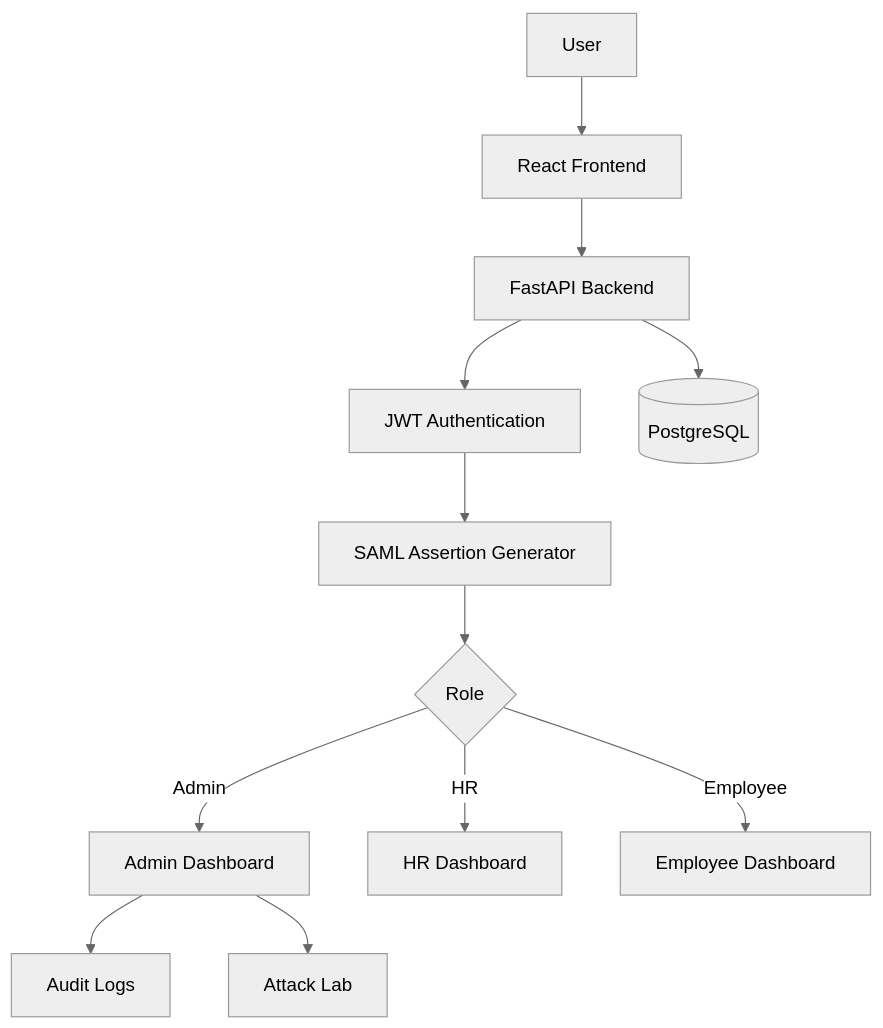
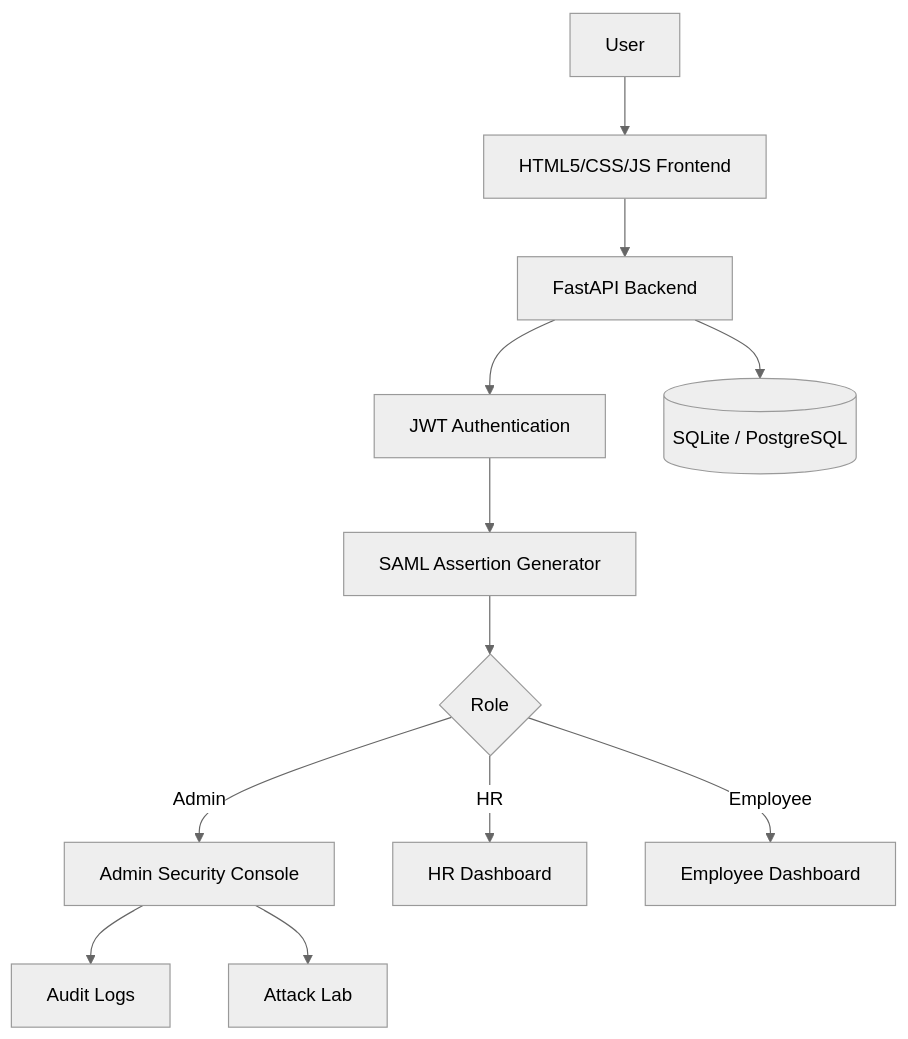
The diagram in README.md (MananPathak02/SAMLGuard), drawn with Mermaid (neutral theme) before and after one commit. The commit also changed other lines of this file and 68 other files, not shown here.

````diff
--- a/README.md
+++ b/README.md
@@ -37,14 +35,14 @@
-``` mermaid
+```mermaid
 flowchart TD
-A[User] --> B[React Frontend]
+A[User] --> B[HTML5/CSS/JS Frontend]
 B --> C[FastAPI Backend]
 C --> D[JWT Authentication]
 D --> E[SAML Assertion Generator]
 E --> F{Role}
-F -->|Admin| G[Admin Dashboard]
+F -->|Admin| G[Admin Security Console]
 F -->|HR| H[HR Dashboard]
 F -->|Employee| I[Employee Dashboard]
 G --> J[Audit Logs]
 G --> K[Attack Lab]
-C --> L[(PostgreSQL)]
+C --> L[(SQLite / PostgreSQL)]
 ```
````
